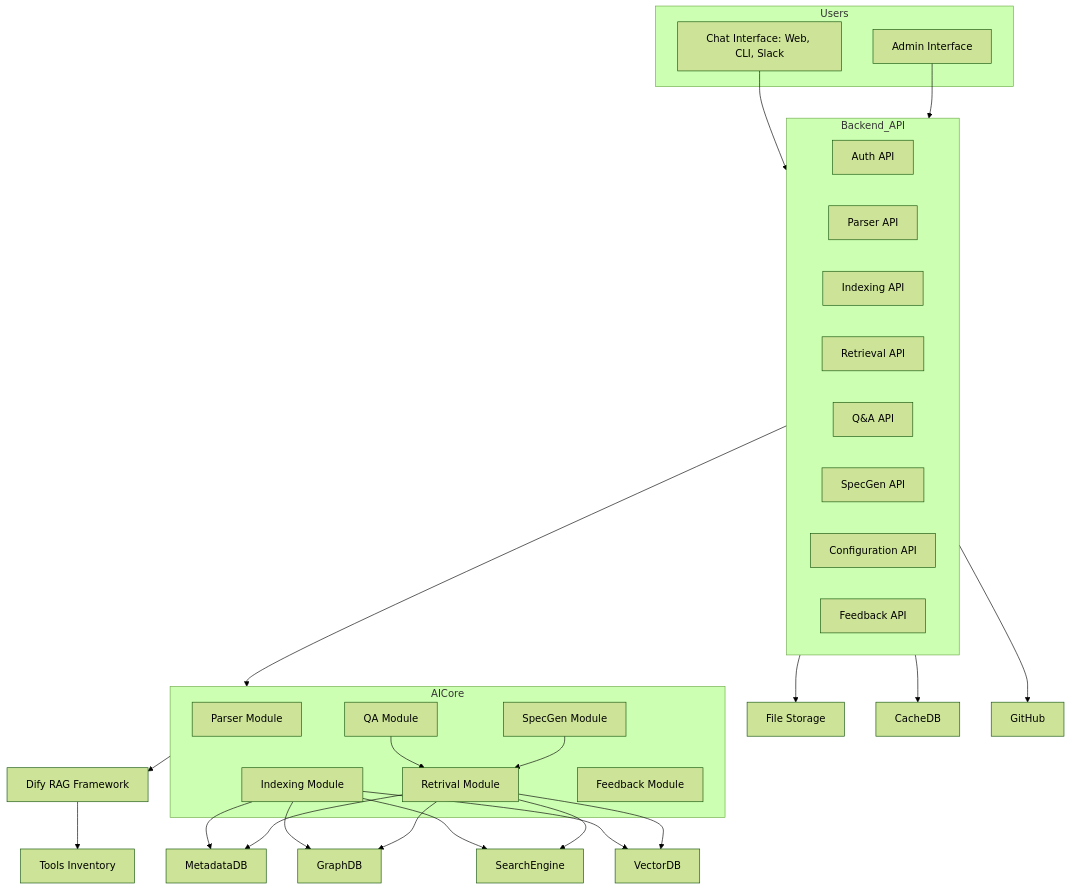
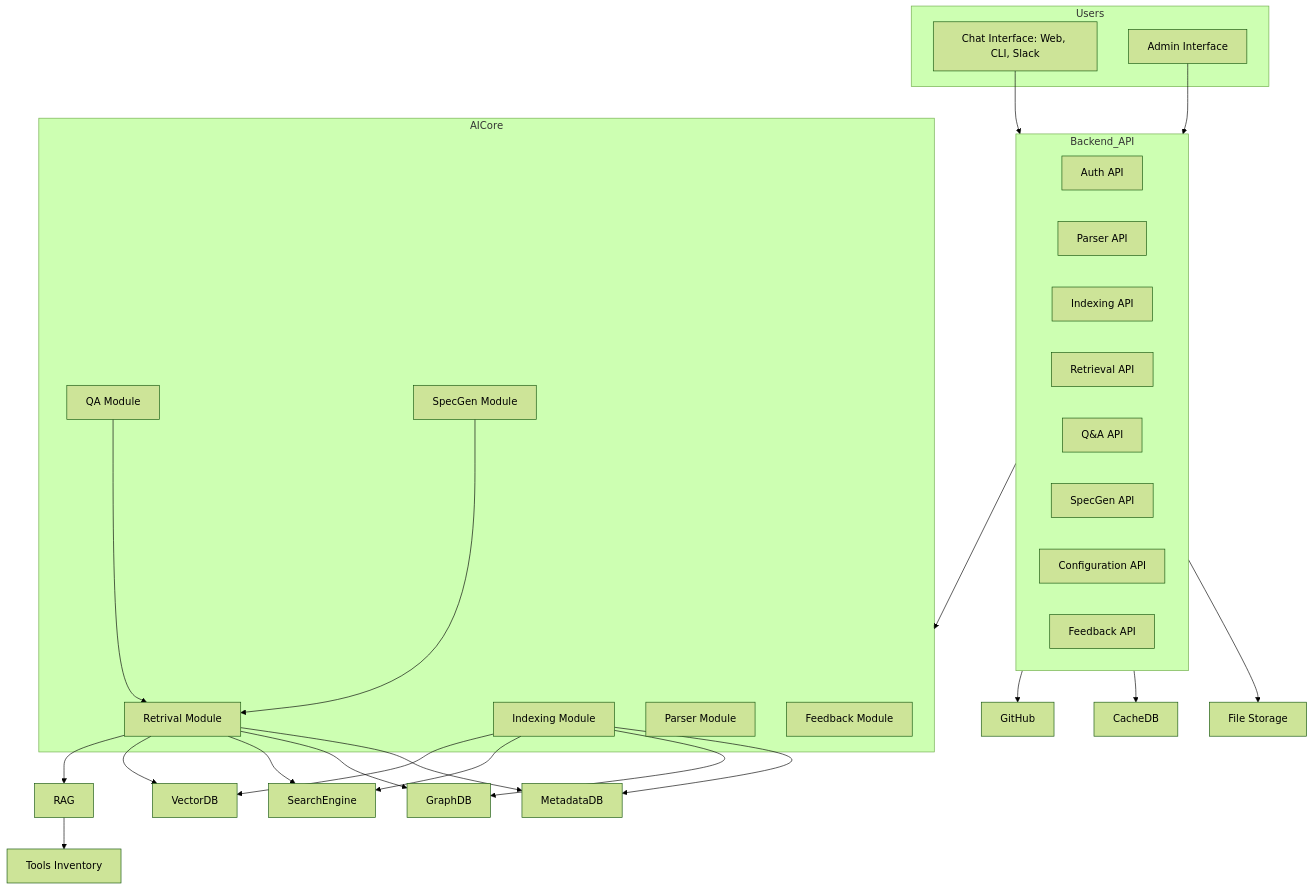
One commit to anhttmle/anhttmle.github.io changed the second of 2 diagrams in _draft/C2B/CA-Design.md. Above: the diagram before and after it, drawn with Mermaid (forest theme).

````diff
--- a/_draft/C2B/CA-Design.md
+++ b/_draft/C2B/CA-Design.md
@@ -121,53 +121,53 @@
 ```mermaid
 flowchart TD
     subgraph Users
         ChatUI[Chat Interface: Web, CLI, Slack]
         AdminUI[Admin Interface]
     end
 
     ChatUI --> Backend_API[Backend API]
     AdminUI --> Backend_API
 
     subgraph Backend_API
         AuthAPI[Auth API]
         ParserAPI[Parser API]
         IndexingAPI[Indexing API]
         RetrievalAPI[Retrieval API]
         QAAPI[Q&A API]
         SpecGenAPI[SpecGen API]
         ConfigAPI[Configuration API]
         FeedbackAPI[Feedback API]
     end
 
     subgraph AICore
         Parser[Parser Module]
         Indexing[Indexing Module]
         Retrieval[Retrival Module]
         QA[QA Module]
         SpecGen[SpecGen Module]
         Feedback[Feedback Module]
     end
 
     Backend_API --> FileStorage[File Storage]
     Backend_API --> CacheDB
     Backend_API --> GitHub
     Backend_API --> AICore
 
-    AICore --> RAG[Dify RAG Framework]
-    RAG --> Tools[Tools Inventory]
-
     Indexing --> MetadataDB
     Indexing --> GraphDB
     Indexing --> SearchEngine
     Indexing --> VectorDB
 
     Retrieval --> MetadataDB
     Retrieval --> GraphDB
     Retrieval --> SearchEngine
     Retrieval --> VectorDB
+    Retrieval --> RAG
+
+    RAG --> Tools[Tools Inventory]
 
     QA --> Retrieval
     SpecGen --> Retrieval
 
 
 ```
````
